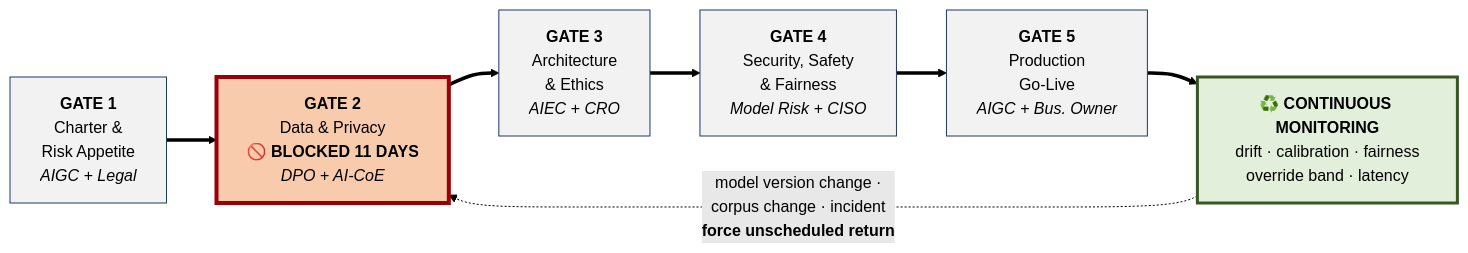
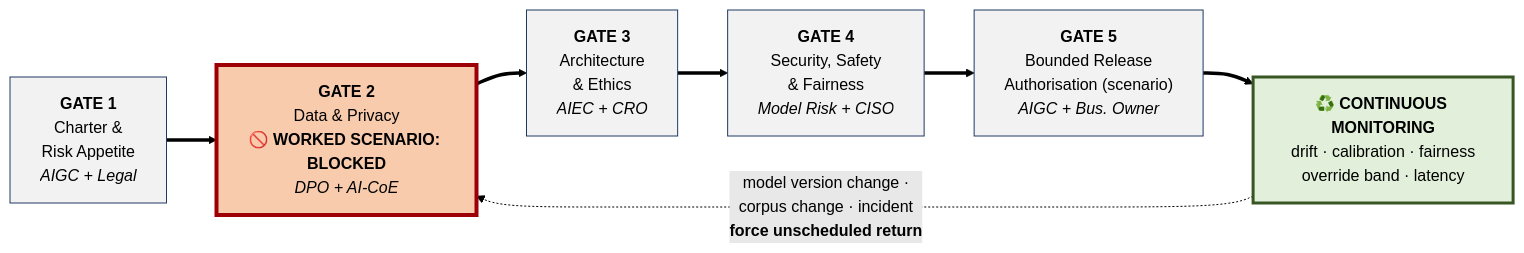
The second of 2 diagrams in 04-ai-governance-and-technical-lifecycle/README.md (arunkumar-cloudgrc/aws-security-governance-portfolio), drawn with Mermaid (forest theme) before and after one commit. The commit also changed other lines of this file and 4 other files, not shown here.

````diff
--- a/04-ai-governance-and-technical-lifecycle/README.md
+++ b/04-ai-governance-and-technical-lifecycle/README.md
@@ -107,19 +113,19 @@
 ```mermaid
 flowchart LR
     G1["<b>GATE 1</b><br/>Charter &<br/>Risk Appetite<br/><i>AIGC + Legal</i>"]
-    G2["<b>GATE 2</b><br/>Data & Privacy<br/>🚫 <b>BLOCKED 11 DAYS</b><br/><i>DPO + AI-CoE</i>"]
+    G2["<b>GATE 2</b><br/>Data & Privacy<br/>🚫 <b>WORKED SCENARIO: BLOCKED</b><br/><i>DPO + AI-CoE</i>"]
     G3["<b>GATE 3</b><br/>Architecture<br/>& Ethics<br/><i>AIEC + CRO</i>"]
     G4["<b>GATE 4</b><br/>Security, Safety<br/>& Fairness<br/><i>Model Risk + CISO</i>"]
-    G5["<b>GATE 5</b><br/>Production<br/>Go-Live<br/><i>AIGC + Bus. Owner</i>"]
+    G5["<b>GATE 5</b><br/>Bounded Release<br/>Authorisation (scenario)<br/><i>AIGC + Bus. Owner</i>"]
     MON["♻️ <b>CONTINUOUS MONITORING</b><br/>drift · calibration · fairness<br/>override band · latency"]
 
     G1 ==> G2 ==> G3 ==> G4 ==> G5 ==> MON
     MON -.->|"model version change ·<br/>corpus change · incident<br/><b>force unscheduled return</b>"| G2
 
     style G2 fill:#F8CBAD,stroke:#9C0006,stroke-width:4px
     style MON fill:#E2EFDA,stroke:#375623,stroke-width:3px
     style G1 fill:#F2F2F2,stroke:#1F3864
     style G3 fill:#F2F2F2,stroke:#1F3864
     style G4 fill:#F2F2F2,stroke:#1F3864
     style G5 fill:#F2F2F2,stroke:#1F3864
 ```
````
